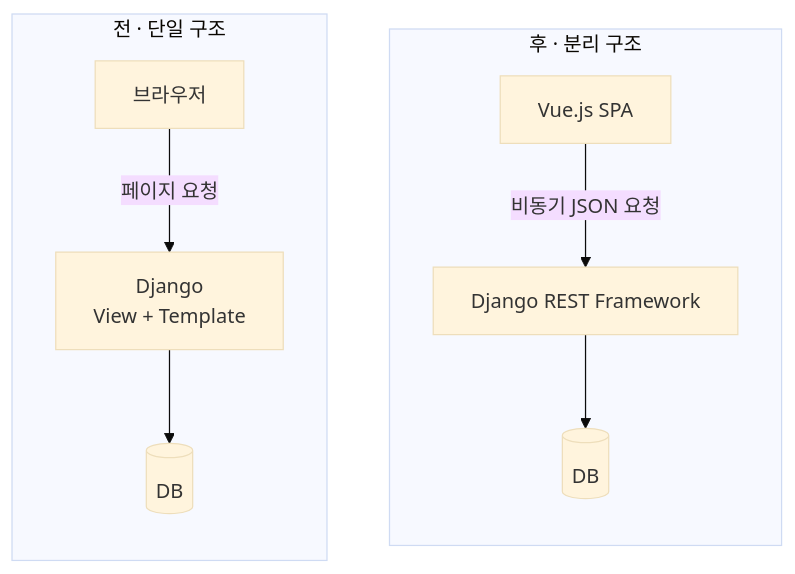
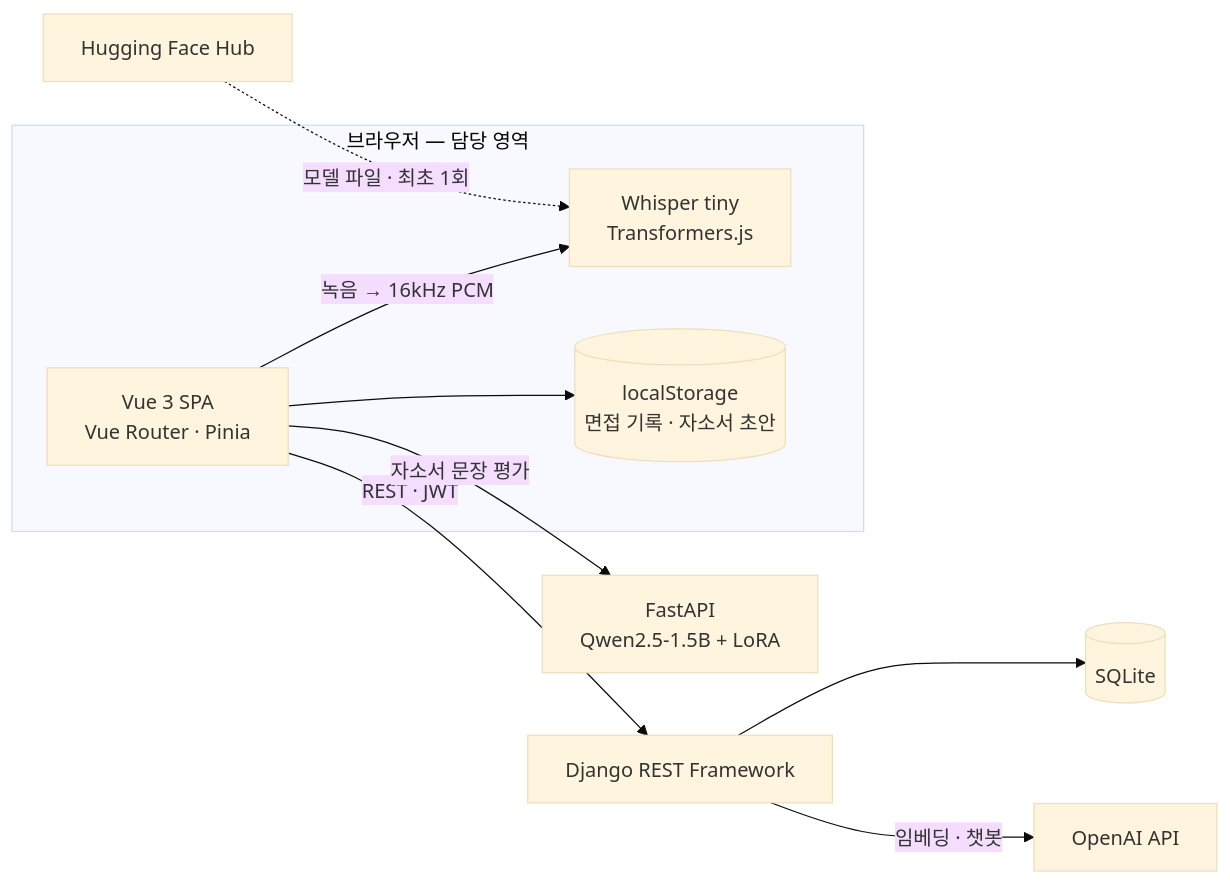
The fourth of 4 diagrams in README.md (handongin1500/handongin1500), drawn with Mermaid (base theme) before and after one commit. The commit also changed other lines of this file and 10 other files, not shown here.

````diff
--- a/README.md
+++ b/README.md
@@ -368,12 +509,15 @@
 ```mermaid
 flowchart LR
-  subgraph Before["전 · 단일 구조"]
-    B1["브라우저"] -->|"페이지 요청"| B2["Django<br/>View + Template"]
-    B2 --> B3[("DB")]
+  subgraph Browser["브라우저 — 담당 영역"]
+    UI["Vue 3 SPA<br/>Vue Router · Pinia"]
+    STT["Whisper tiny<br/>Transformers.js"]
+    LS[("localStorage<br/>면접 기록 · 자소서 초안")]
+    UI -->|"녹음 → 16kHz PCM"| STT
+    UI --> LS
   end
-  subgraph After["후 · 분리 구조"]
-    A1["Vue.js SPA"] -->|"비동기 JSON 요청"| A2["Django REST Framework"]
-    A2 --> A3[("DB")]
-  end
-  Before ~~~ After
+  HF["Hugging Face Hub"] -.->|"모델 파일 · 최초 1회"| STT
+  UI -->|"REST · JWT"| DRF["Django REST Framework"]
+  UI -->|"자소서 문장 평가"| EVAL["FastAPI<br/>Qwen2.5-1.5B + LoRA"]
+  DRF --> DB[("SQLite")]
+  DRF -->|"임베딩 · 챗봇"| GPT["OpenAI API"]
 ```
````
